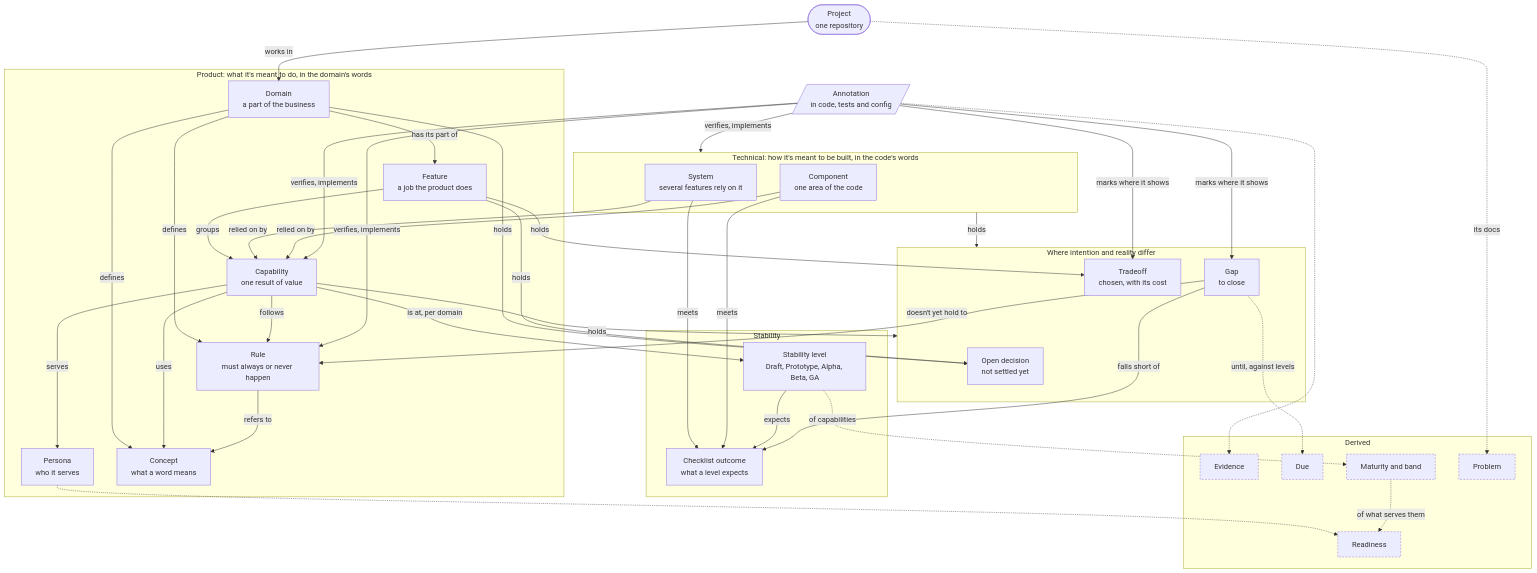
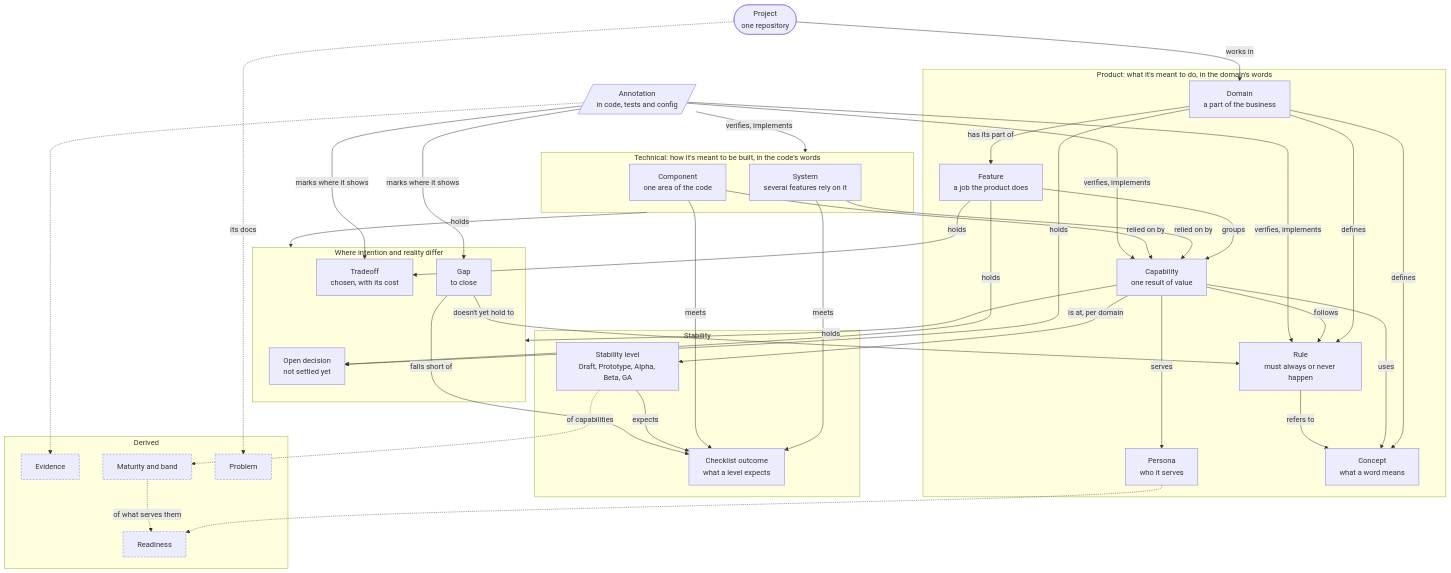
Before and after one commit to docqet/docqet: the diagram in docs/domain/overview.md, drawn with Mermaid. The commit also changed other lines of this file and 111 other files, not shown here.

````diff
--- a/docs/domain/overview.md
+++ b/docs/domain/overview.md
@@ -62,75 +62,73 @@
 ```mermaid
 flowchart TB
   project(["Project<br/>one repository"])
 
   subgraph product ["Product: what it's meant to do, in the domain's words"]
     domain["Domain<br/>a part of the business"]
     feature["Feature<br/>a job the product does"]
     capability["Capability<br/>one result of value"]
     persona["Persona<br/>who it serves"]
     rule["Rule<br/>must always or never happen"]
     concept["Concept<br/>what a word means"]
   end
 
   subgraph technical ["Technical: how it's meant to be built, in the code's words"]
     system["System<br/>several features rely on it"]
     component["Component<br/>one area of the code"]
   end
 
   subgraph differ ["Where intention and reality differ"]
     decision["Open decision<br/>not settled yet"]
     gap["Gap<br/>to close"]
     tradeoff["Tradeoff<br/>chosen, with its cost"]
   end
 
   subgraph stability ["Stability"]
     level["Stability level<br/>Draft, Prototype, Alpha, Beta, GA"]
     outcome["Checklist outcome<br/>what a level expects"]
   end
 
   annotation[/"Annotation<br/>in code, tests and config"/]
 
   subgraph derived ["Derived"]
     evidence["Evidence"]
-    due["Due"]
     maturity["Maturity and band"]
     readiness["Readiness"]
     problem["Problem"]
   end
 
   project -- "works in" --> domain
   domain -- "has its part of" --> feature
   domain -- "defines" --> rule & concept
   feature -- "groups" --> capability
   capability -- "serves" --> persona
   capability -- "follows" --> rule
   capability -- "uses" --> concept
   rule -- "refers to" --> concept
 
   system & component -- "relied on by" --> capability
   system & component -- "meets" --> outcome
 
   capability -- "is at, per domain" --> level
   level -- "expects" --> outcome
 
   domain -- "holds" --> decision
   feature -- "holds" --> decision & tradeoff
   capability -- "holds" --> differ
   technical -- "holds" --> differ
 
   gap -- "falls short of" --> outcome
   gap -- "doesn't yet hold to" --> rule
 
   annotation -- "verifies, implements" --> rule & capability & technical
   annotation -- "marks where it shows" --> gap & tradeoff
 
   annotation -.-> evidence
-  gap -. "until, against levels" .-> due
   level -. "of capabilities" .-> maturity
   persona -.-> readiness
   maturity -. "of what serves them" .-> readiness
   project -. "its docs" .-> problem
 
   classDef derivedNode stroke-dasharray: 4 3
-  class evidence,due,maturity,readiness,problem derivedNode
+  class evidence,maturity,readiness,problem derivedNode
 ```
````
